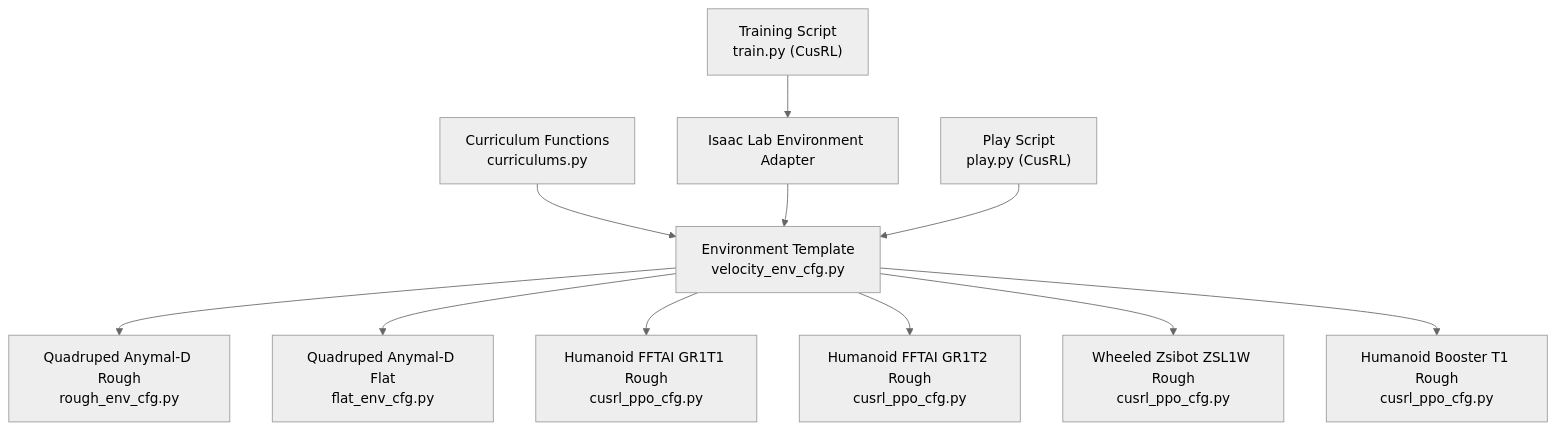
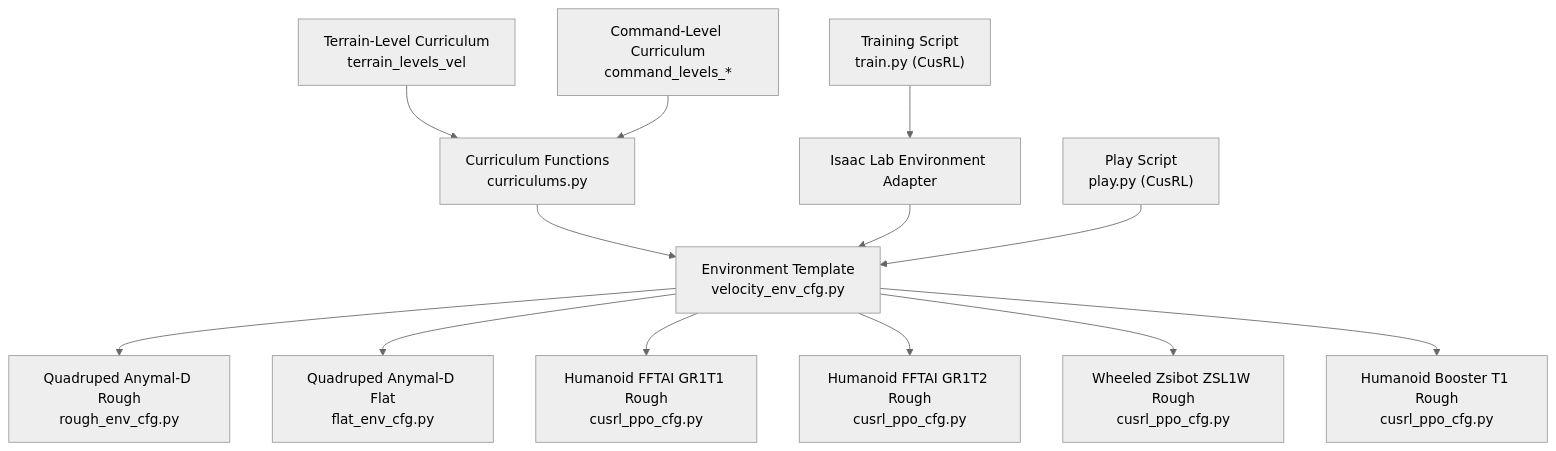
Before and after one commit to jayjayhust/robot_lab: the first of 4 diagrams in .qoder/repowiki/en/content/Advanced Features/Curriculum Learning Framework.md, drawn with Mermaid (neutral theme). The commit also changed other lines of this file and 168 other files, not shown here.

````diff
--- a/.qoder/repowiki/en/content/Advanced Features/Curriculum Learning Framework.md
+++ b/.qoder/repowiki/en/content/Advanced Features/Curriculum Learning Framework.md
@@ -41,13 +51,15 @@
 ```mermaid
 graph TB
 A["Environment Template<br/>velocity_env_cfg.py"] --> B["Quadruped Anymal-D Rough<br/>rough_env_cfg.py"]
 A --> C["Quadruped Anymal-D Flat<br/>flat_env_cfg.py"]
 A --> D["Humanoid FFTAI GR1T1 Rough<br/>cusrl_ppo_cfg.py"]
 A --> E["Humanoid FFTAI GR1T2 Rough<br/>cusrl_ppo_cfg.py"]
 A --> F["Wheeled Zsibot ZSL1W Rough<br/>cusrl_ppo_cfg.py"]
 A --> G["Humanoid Booster T1 Rough<br/>cusrl_ppo_cfg.py"]
 H["Curriculum Functions<br/>curriculums.py"] --> A
 I["Training Script<br/>train.py (CusRL)"] --> J["Isaac Lab Environment Adapter"]
 J --> A
 K["Play Script<br/>play.py (CusRL)"] --> A
+L["Terrain-Level Curriculum<br/>terrain_levels_vel"] --> H
+M["Command-Level Curriculum<br/>command_levels_*"] --> H
 ```
````
